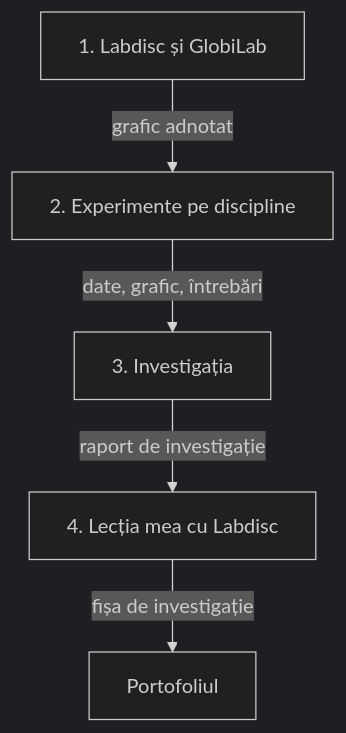
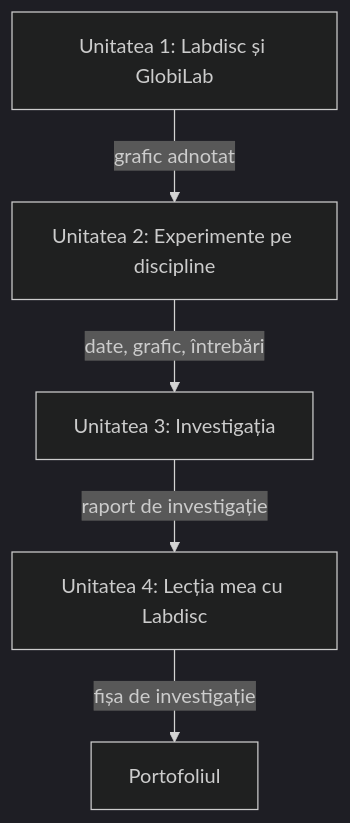
Before and after one commit to nudoarmetudor/ghid-labdisc: the diagram in sursa/content/formare/index.md, drawn with Mermaid (dark theme). The commit also changed 3 other files, not shown here.

First line of the commit message:
Diagramele: etichete numerotate reparate, fontul ghidului; README

````diff
--- a/sursa/content/formare/index.md
+++ b/sursa/content/formare/index.md
@@ -15,7 +15,7 @@
 ```mermaid
 flowchart TD
-  S1["1. Labdisc și GlobiLab"] -->|"grafic adnotat"| S2["2. Experimente pe discipline"]
-  S2 -->|"date, grafic, întrebări"| S3["3. Investigația"]
-  S3 -->|"raport de investigație"| S4["4. Lecția mea cu Labdisc"]
+  S1["Unitatea 1: Labdisc și GlobiLab"] -->|"grafic adnotat"| S2["Unitatea 2: Experimente pe discipline"]
+  S2 -->|"date, grafic, întrebări"| S3["Unitatea 3: Investigația"]
+  S3 -->|"raport de investigație"| S4["Unitatea 4: Lecția mea cu Labdisc"]
   S4 -->|"fișa de investigație"| P["Portofoliul"]
 ```
````
